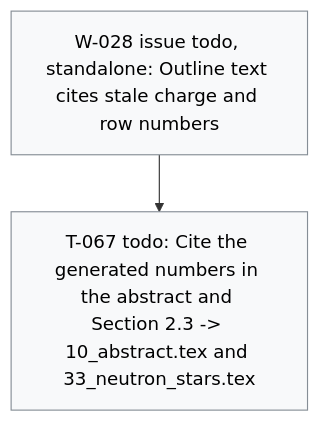
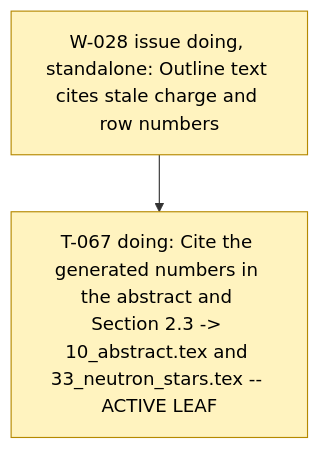
Before and after one commit to dpopchev/surrogate-models: the diagram in .board/BOARD.md, drawn with Mermaid. The commit also changed other lines of this file and 8 other files, not shown here.

First line of the commit message:
docs: cite generated numbers in the abstract and Section 2.3

````diff
--- a/.board/BOARD.md
+++ b/.board/BOARD.md
@@ -185,11 +185,11 @@
 ```mermaid
 flowchart TD
-  W028["W-028 issue todo, standalone: Outline text cites stale charge and row numbers"]
-  W028 --> T067["T-067 todo: Cite the generated numbers in the abstract and Section 2.3 -> 10_abstract.tex and 33_neutron_stars.tex"]
+  W028["W-028 issue doing, standalone: Outline text cites stale charge and row numbers"]
+  W028 --> T067["T-067 doing: Cite the generated numbers in the abstract and Section 2.3 -> 10_abstract.tex and 33_neutron_stars.tex -- ACTIVE LEAF"]
   classDef doing fill:#fff3bf,stroke:#b58900,color:#000;
   classDef blocked fill:#ffe3e3,stroke:#c92a2a,color:#000;
   classDef done fill:#e6ffed,stroke:#2b8a3e,color:#000;
   classDef todo fill:#f8f9fa,stroke:#868e96,color:#000;
   classDef pruned fill:#f1f3f5,stroke:#adb5bd,color:#000;
-  class W028,T067 todo
+  class W028,T067 doing
 ```
````
